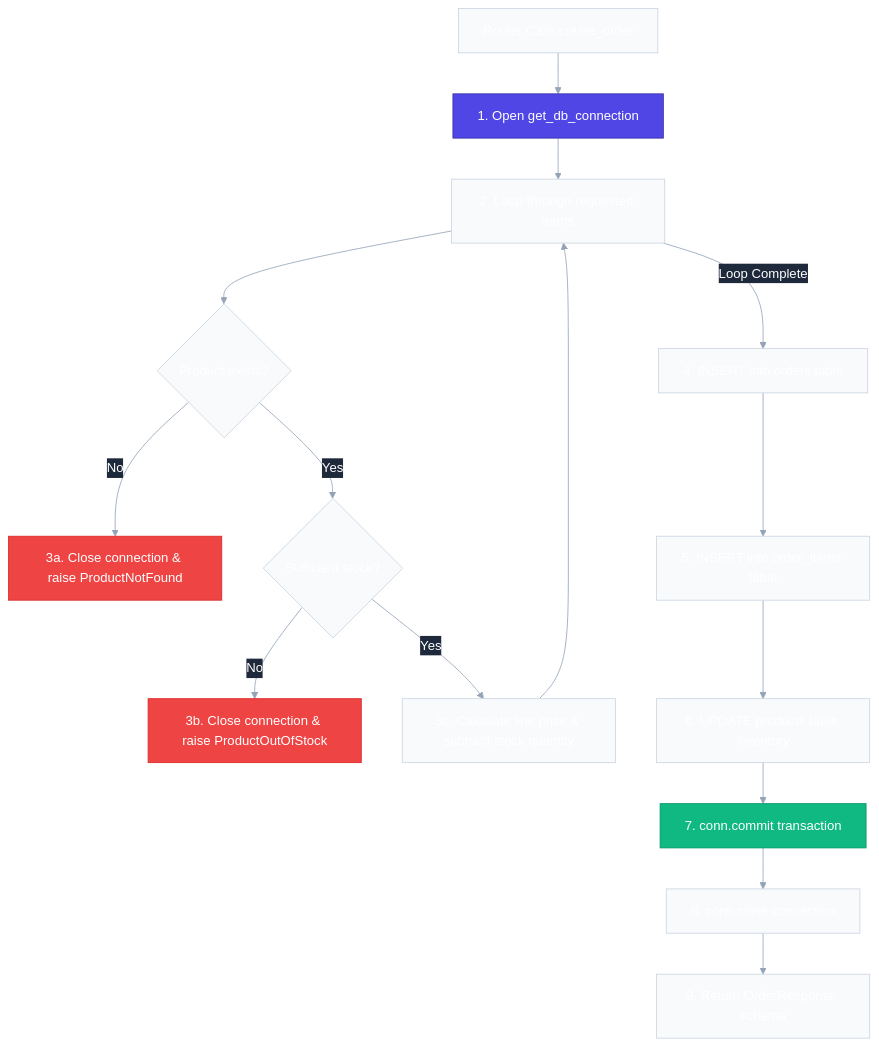
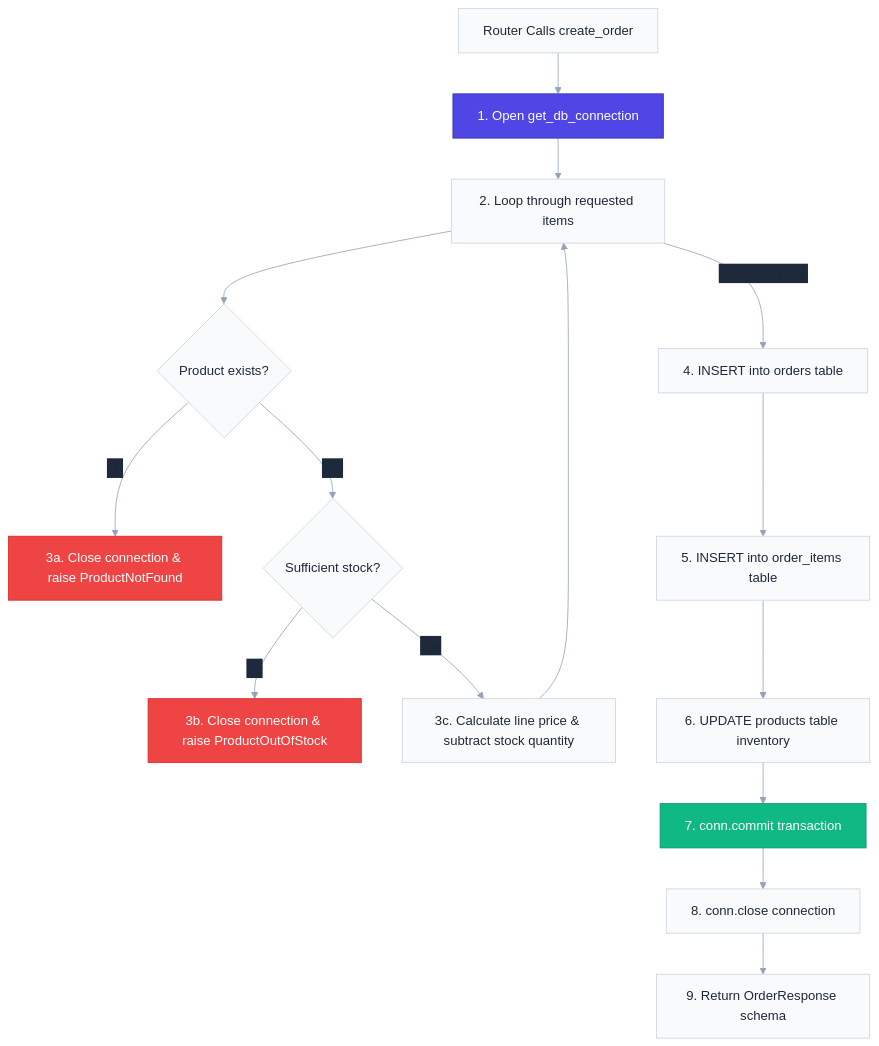
One commit to nakul-cloud/ecommerce-api changed the diagram in app/controllers/README.md. Above: the diagram before and after it, drawn with Mermaid. The commit also changed 8 other files, not shown here.

Commit message:
docs: initialize project structure with comprehensive architectural documentation and workspace metadata

````diff
--- a/app/controllers/README.md
+++ b/app/controllers/README.md
@@ -22,23 +22,23 @@
 ```mermaid
-%%{init: {'theme': 'base', 'themeVariables': {'primaryColor': '#4f46e5', 'primaryTextColor': '#ffffff', 'primaryBorderColor': '#3730a3', 'lineColor': '#94a3b8', 'secondaryColor': '#10b981', 'tertiaryColor': '#f59e0b', 'background': '#ffffff', 'mainBkg': '#f8fafc', 'nodeBorder': '#cbd5e1', 'nodeTextColor': '#1e293b', 'textColor': '#ffffff', 'titleColor': '#ffffff', 'edgeLabelBackground': '#1e293b', 'clusterBkg': '#f1f5f9', 'clusterBorder': '#e2e8f0', 'titleColor': '#1e293b', 'textColor': '#334155'}}}%%
+%%{init: {'theme': 'base', 'themeVariables': {'primaryColor': '#4f46e5', 'primaryTextColor': '#1e293b', 'primaryBorderColor': '#3730a3', 'lineColor': '#94a3b8', 'secondaryColor': '#10b981', 'tertiaryColor': '#f59e0b', 'background': '#ffffff', 'mainBkg': '#f8fafc', 'nodeBorder': '#cbd5e1', 'nodeTextColor': '#1e293b', 'textColor': '#ffffff', 'titleColor': '#ffffff', 'edgeLabelBackground': '#1e293b', 'clusterBkg': '#f1f5f9', 'clusterBorder': '#e2e8f0'}}}%%
 flowchart TD
     Start[Router Calls create_order] --> DBConn[1. Open get_db_connection]
     DBConn --> LoopItems[2. Loop through requested items]
     LoopItems --> CheckProd{Product exists?}
     CheckProd -->|No| RaiseNF[3a. Close connection & raise ProductNotFound]
     CheckProd -->|Yes| CheckStock{Sufficient stock?}
     CheckStock -->|No| RaiseOOS[3b. Close connection & raise ProductOutOfStock]
     CheckStock -->|Yes| CalcPrice[3c. Calculate line price & subtract stock quantity]
     CalcPrice --> LoopItems
     LoopItems -->|Loop Complete| InsertOrder[4. INSERT into orders table]
     InsertOrder --> InsertItems[5. INSERT into order_items table]
     InsertItems --> DeductStock[6. UPDATE products table inventory]
     DeductStock --> Commit[7. conn.commit transaction]
     Commit --> CloseConn[8. conn.close connection]
     CloseConn --> ReturnRes[9. Return OrderResponse schema]
     
     style DBConn fill:#4f46e5,stroke:#3730a3,color:#ffffff
     style Commit fill:#10b981,stroke:#059669,color:#ffffff
     style RaiseNF fill:#ef4444,stroke:#dc2626,color:#ffffff
     style RaiseOOS fill:#ef4444,stroke:#dc2626,color:#ffffff
 ```
````
